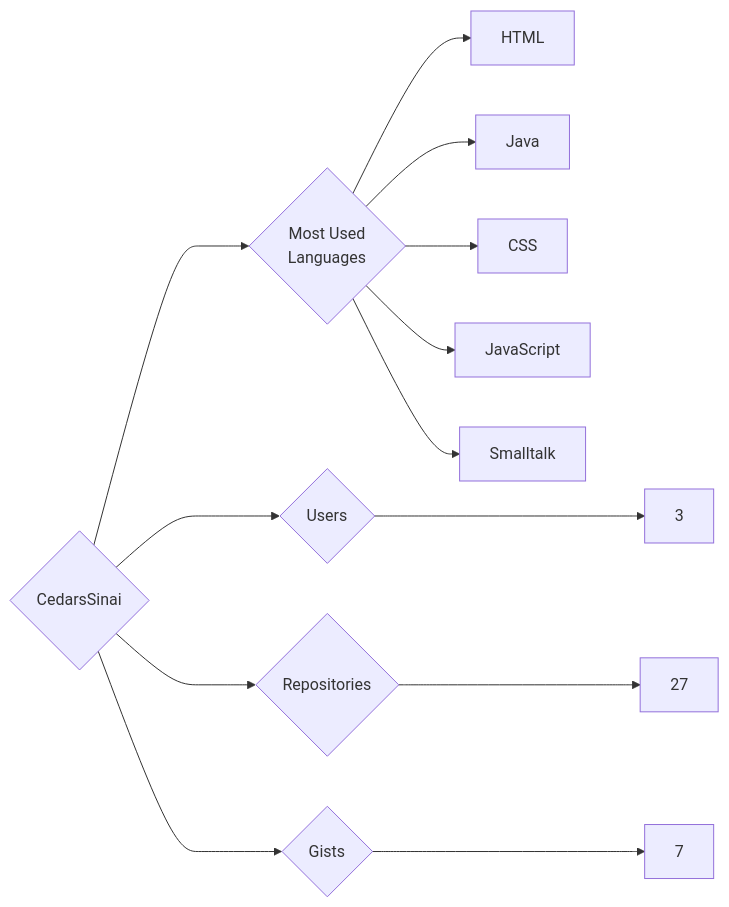
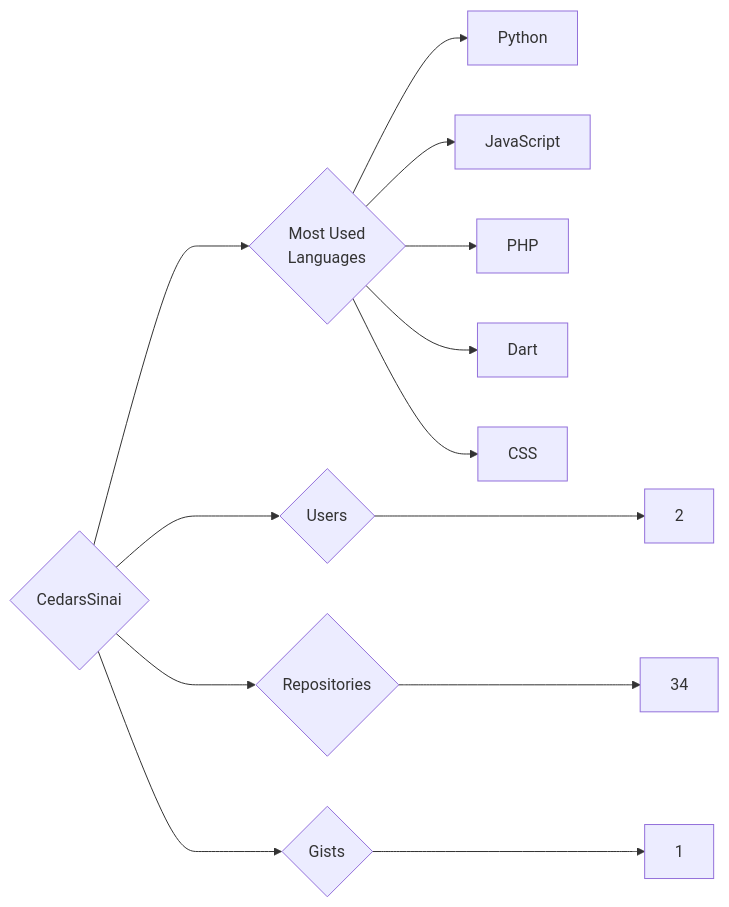
The diagram in targets/CedarsSinai/README.md (trickest/insiders), drawn with Mermaid before and after one commit. The commit also changed 1089 other files, not shown here.

````diff
--- a/targets/CedarsSinai/README.md
+++ b/targets/CedarsSinai/README.md
@@ -3,13 +3,13 @@
 ```mermaid
 graph LR
 COMPANY_NAME{CedarsSinai}
-COMPANY_NAME ---> U{Users} ---> UN[3]
-COMPANY_NAME ---> R{Repositories} ---> RN[27]
-COMPANY_NAME ---> G{Gists} ---> GN[7]
+COMPANY_NAME ---> U{Users} ---> UN[2]
+COMPANY_NAME ---> R{Repositories} ---> RN[34]
+COMPANY_NAME ---> G{Gists} ---> GN[1]
 COMPANY_NAME ---> ML{Most Used<br>Languages}
-ML --> HTML[HTML]
-ML --> Java[Java]
+ML --> Python[Python]
+ML --> JavaScript[JavaScript]
+ML --> PHP[PHP]
+ML --> Dart[Dart]
 ML --> CSS[CSS]
-ML --> JavaScript[JavaScript]
-ML --> Smalltalk[Smalltalk]
 ```
````
